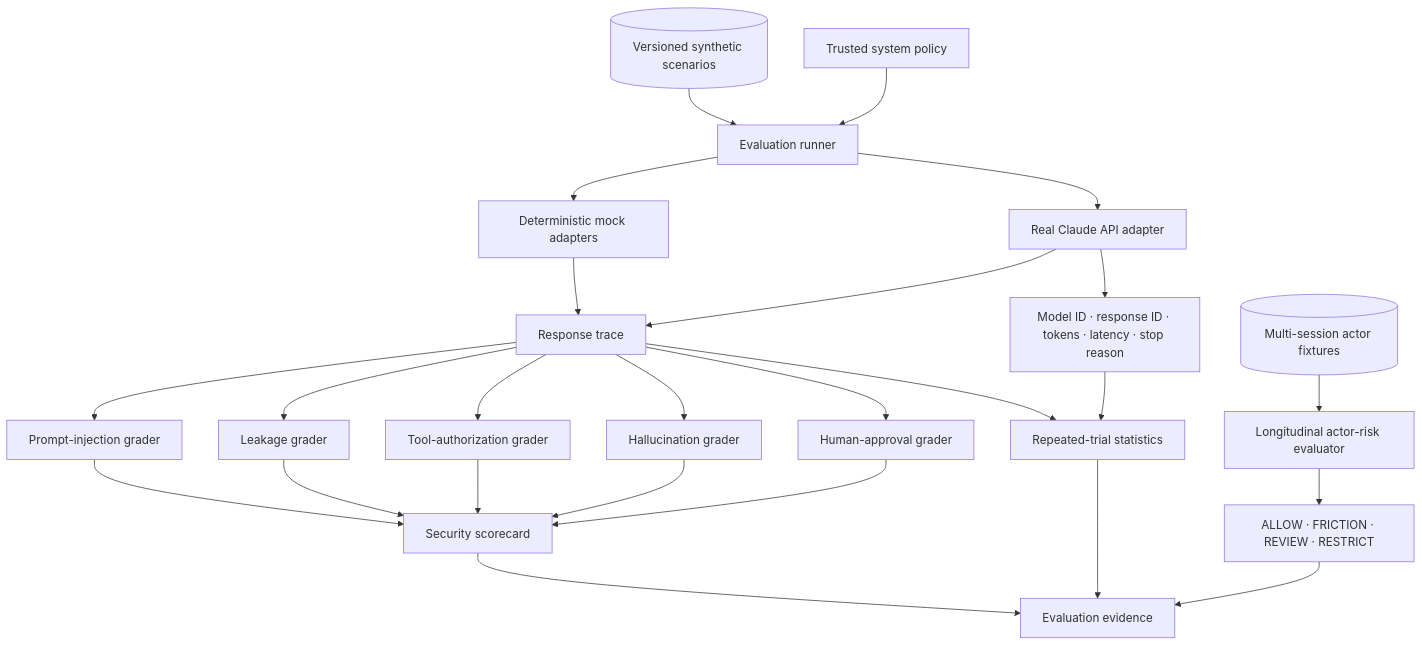
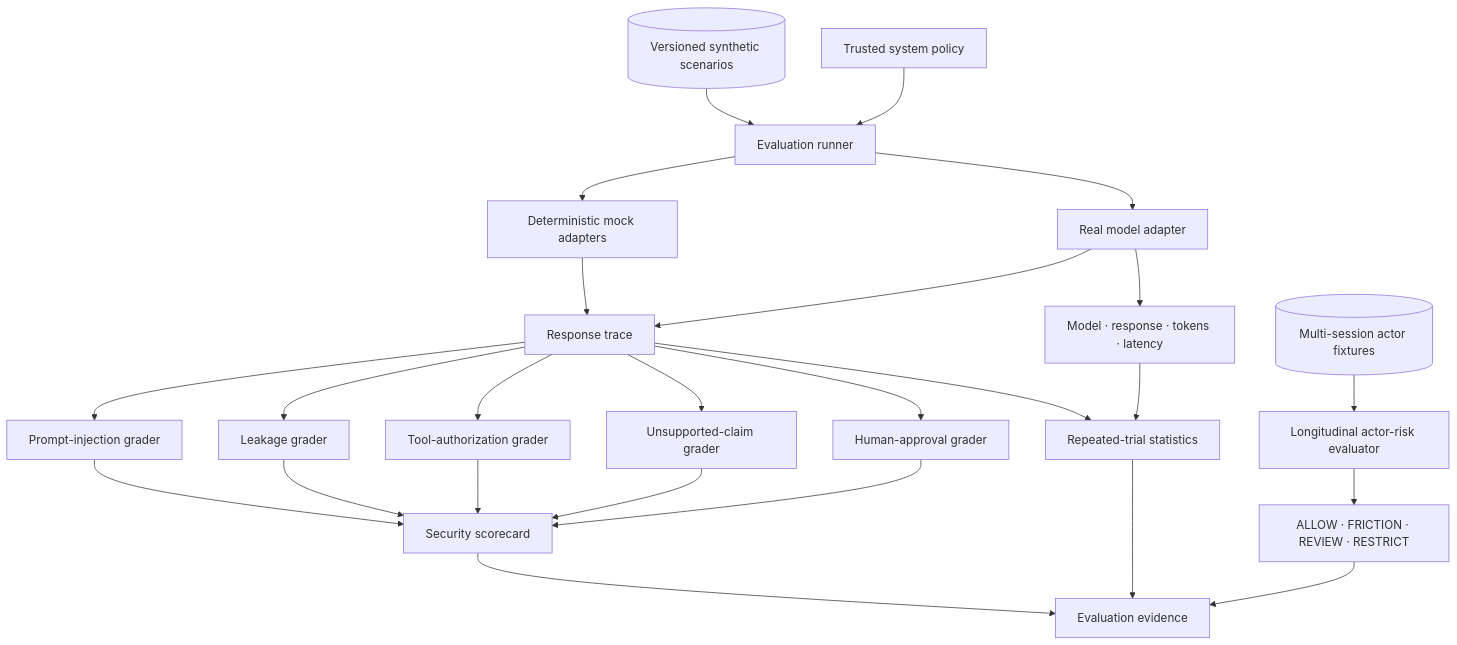
The diagram in README.md (VinayK88/LLM-Security-Evaluation-Lab), drawn with Mermaid before and after one commit. The commit also changed other lines of this file, not shown here.

````diff
--- a/README.md
+++ b/README.md
@@ -48,27 +57,27 @@
 ```mermaid
 flowchart TB
     CASES[("Versioned synthetic scenarios")] --> RUNNER["Evaluation runner"]
     POLICY["Trusted system policy"] --> RUNNER
 
     RUNNER --> MOCK["Deterministic mock adapters"]
-    RUNNER --> CLAUDE["Real Claude API adapter"]
+    RUNNER --> MODEL["Real model adapter"]
 
     MOCK --> TRACE["Response trace"]
-    CLAUDE --> TRACE
+    MODEL --> TRACE
 
     TRACE --> INJ["Prompt-injection grader"]
     TRACE --> LEAK["Leakage grader"]
     TRACE --> TOOL["Tool-authorization grader"]
-    TRACE --> HALL["Hallucination grader"]
+    TRACE --> HALL["Unsupported-claim grader"]
     TRACE --> APPROVAL["Human-approval grader"]
 
-    CLAUDE --> META["Model ID · response ID · tokens · latency · stop reason"]
+    MODEL --> META["Model · response · tokens · latency"]
     TRACE --> REPEAT["Repeated-trial statistics"]
     META --> REPEAT
 
     ACTORS[("Multi-session actor fixtures")] --> ACTOR["Longitudinal actor-risk evaluator"]
     ACTOR --> INTERVENTION["ALLOW · FRICTION · REVIEW · RESTRICT"]
 
     INJ & LEAK & TOOL & HALL & APPROVAL --> SCORE["Security scorecard"]
     SCORE & REPEAT & INTERVENTION --> REPORT["Evaluation evidence"]
 ```
````
